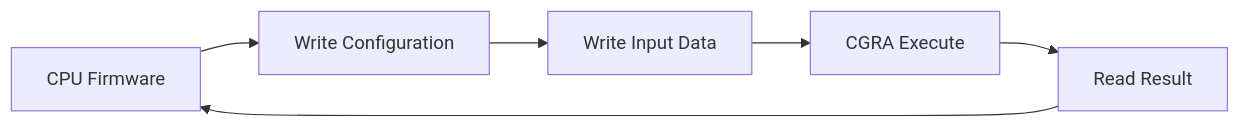
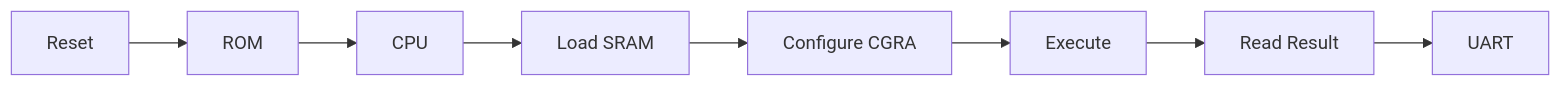
One commit to radhian/Chip-Orchestra changed the second of 6 diagrams in output/NanoCGRA-SoC/README.md. Above: the diagram before and after it, drawn with Mermaid. The commit also changed other lines of this file and 156 other files, not shown here.

````diff
--- a/output/NanoCGRA-SoC/README.md
+++ b/output/NanoCGRA-SoC/README.md
@@ -161,19 +44,8 @@
 ```mermaid
 flowchart LR
-
-CPU["CPU Firmware"]
-
-CFG["Write Configuration"]
-
-DATA["Write Input Data"]
-
-EXEC["CGRA Execute"]
-
-RESULT["Read Result"]
-
-CPU --> CFG
-CFG --> DATA
-DATA --> EXEC
-EXEC --> RESULT
-RESULT --> CPU
+Reset-->ROM-->CPU-->LoadSRAM[Load SRAM]
+LoadSRAM-->CFG[Configure CGRA]
+CFG-->EXEC[Execute]
+EXEC-->RES[Read Result]
+RES-->UART
 ```
````
